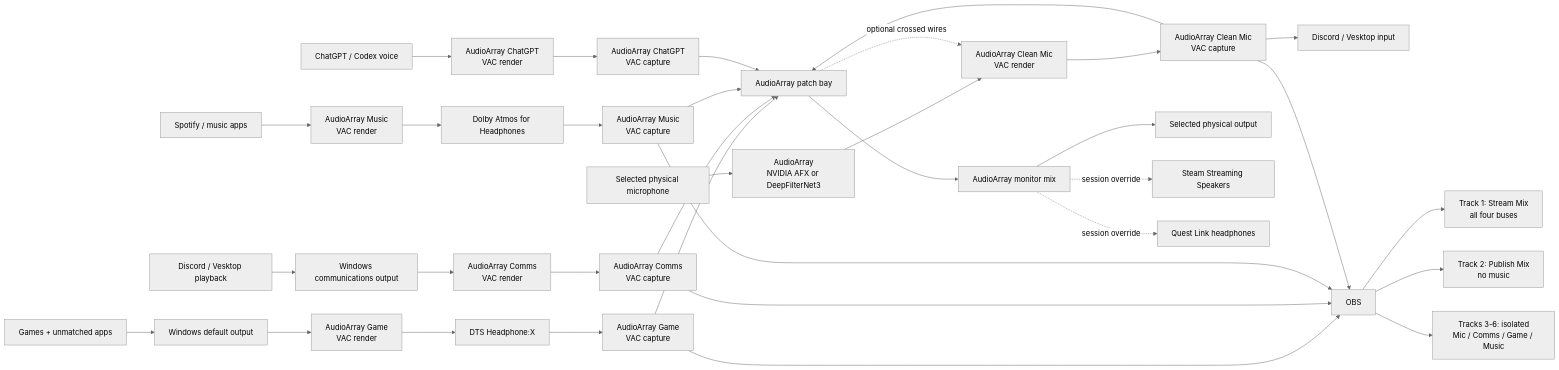
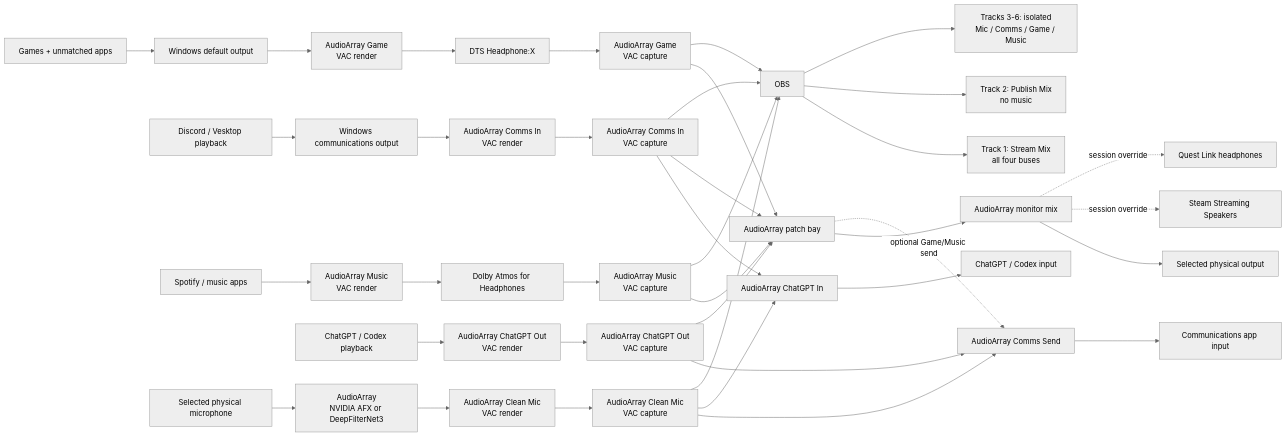
The diagram in packages/audioarray/README.md (AlexAllocated/.dotfiles), drawn with Mermaid (neutral theme) before and after one commit. The commit also changed other lines of this file and 12 other files, not shown here.

Commit message:
feat: isolate AI and communications audio mixes

````diff
--- a/packages/audioarray/README.md
+++ b/packages/audioarray/README.md
@@ -106,42 +114,46 @@
 ```mermaid
 flowchart LR
    games[Games + unmatched apps] --> gameOut[Windows default output]
    gameOut --> gameRender[AudioArray Game<br/>VAC render]
    gameRender --> dts[DTS Headphone:X]
    dts --> gameCapture[AudioArray Game<br/>VAC capture]
 
    chat[Discord / Vesktop playback] --> commsOut[Windows communications output]
-   commsOut --> commsRender[AudioArray Comms<br/>VAC render]
-   commsRender --> commsCapture[AudioArray Comms<br/>VAC capture]
+   commsOut --> commsRender[AudioArray Comms In<br/>VAC render]
+   commsRender --> commsCapture[AudioArray Comms In<br/>VAC capture]
 
    spotify[Spotify / music apps] --> musicRender[AudioArray Music<br/>VAC render]
    musicRender --> atmos[Dolby Atmos for Headphones]
    atmos --> musicCapture[AudioArray Music<br/>VAC capture]
 
-   voiceAi[ChatGPT / Codex voice] --> chatgptRender[AudioArray ChatGPT<br/>VAC render]
-   chatgptRender --> chatgptCapture[AudioArray ChatGPT<br/>VAC capture]
+   voiceAi[ChatGPT / Codex playback] --> chatgptRender[AudioArray ChatGPT Out<br/>VAC render]
+   chatgptRender --> chatgptCapture[AudioArray ChatGPT Out<br/>VAC capture]
 
    mic[Selected physical microphone] --> denoise[AudioArray<br/>NVIDIA AFX or DeepFilterNet3]
    denoise --> micRender[AudioArray Clean Mic<br/>VAC render]
    micRender --> micCapture[AudioArray Clean Mic<br/>VAC capture]
-   micCapture --> chatInput[Discord / Vesktop input]
+   micCapture --> commsSend[AudioArray Comms Send]
+   chatgptCapture --> commsSend
+   commsSend --> chatInput[Communications app input]
+   micCapture --> aiSend[AudioArray ChatGPT In]
+   commsCapture --> aiSend
+   aiSend --> aiInput[ChatGPT / Codex input]
 
    gameCapture --> patchbay[AudioArray patch bay]
    commsCapture --> patchbay
    musicCapture --> patchbay
    chatgptCapture --> patchbay
-   micCapture --> patchbay
    patchbay --> monitor[AudioArray monitor mix]
-   patchbay -. optional crossed wires .-> micRender
+   patchbay -. optional Game/Music send .-> commsSend
    monitor --> localOutput[Selected physical output]
    monitor -. session override .-> moonlight[Steam Streaming Speakers]
    monitor -. session override .-> quest[Quest Link headphones]
 
    gameCapture --> obs[OBS]
    commsCapture --> obs
    musicCapture --> obs
    micCapture --> obs
    obs --> stream[Track 1: Stream Mix<br/>all four buses]
    obs --> publish[Track 2: Publish Mix<br/>no music]
    obs --> stems[Tracks 3-6: isolated<br/>Mic / Comms / Game / Music]
 ```
````
